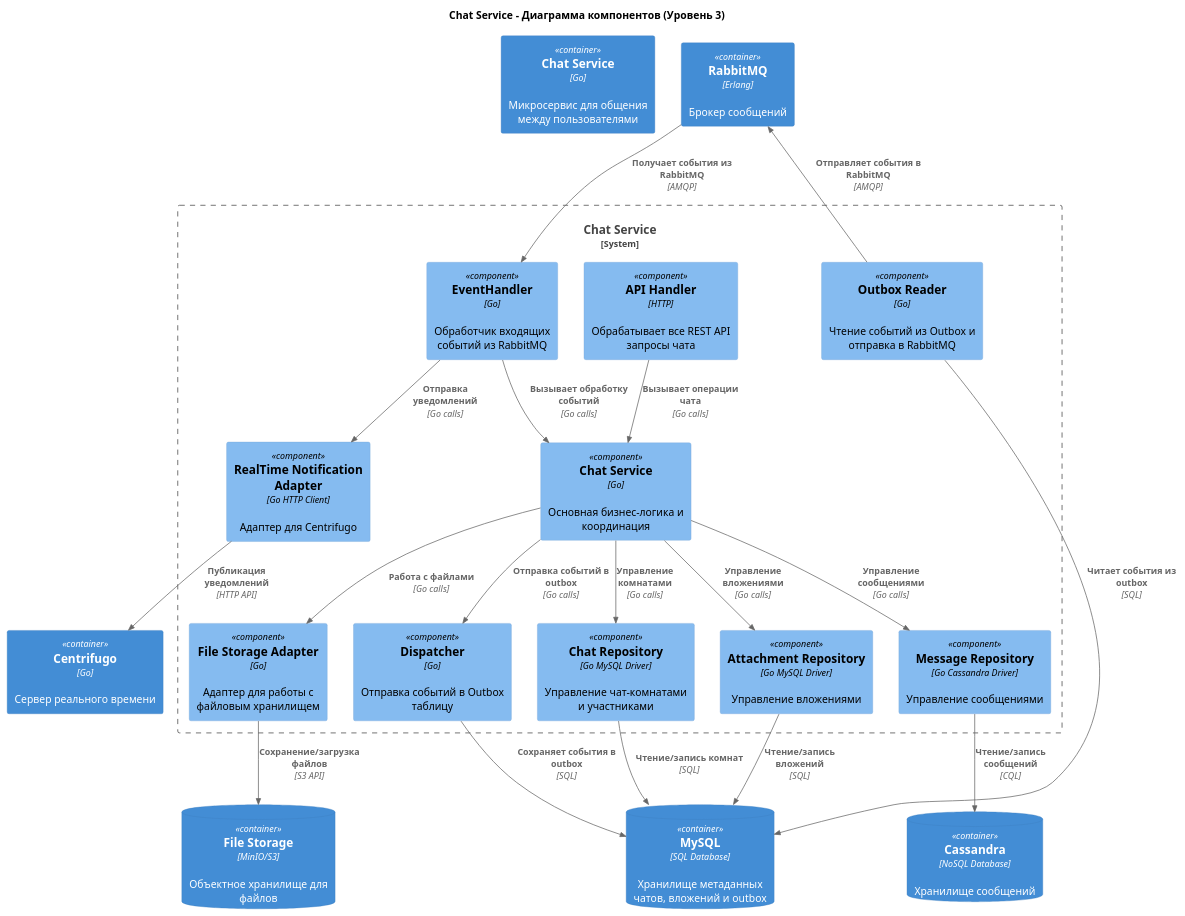
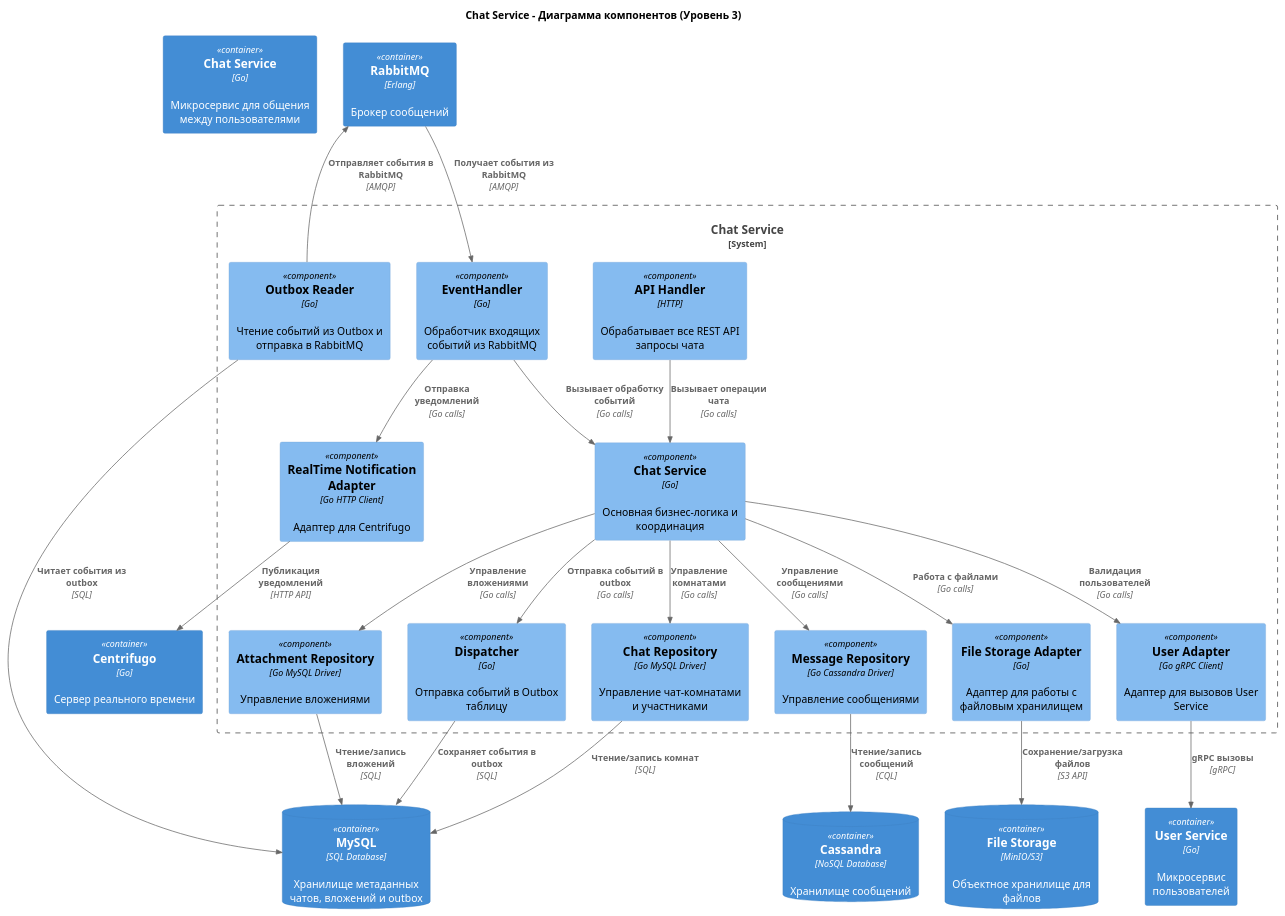
Before and after one commit to 555Jeka555/TRPO: the diagram in с4/3.puml, drawn with PlantUML.

Commit message:
с4

```diff
--- a/с4/3.puml
+++ b/с4/3.puml
@@ -1,63 +1,69 @@
 @startuml
 !include https://raw.githubusercontent.com/plantuml-stdlib/C4-PlantUML/master/C4_Container.puml
 !include https://raw.githubusercontent.com/plantuml-stdlib/C4-PlantUML/master/C4_Component.puml
 
 title Chat Service - Диаграмма компонентов (Уровень 3)
 
 Container(chat_service_container, "Chat Service", "Go", "Микросервис для общения между пользователями")
 
 System_Boundary(chat_service_boundary, "Chat Service") {
     Component(api_handler, "API Handler", "HTTP", "Обрабатывает все REST API запросы чата")
 
     Component(chat_service, "Chat Service", "Go", "Основная бизнес-логика и координация")
 
     Component(chat_repository, "Chat Repository", "Go MySQL Driver", "Управление чат-комнатами и участниками")
     Component(message_repository, "Message Repository", "Go Cassandra Driver", "Управление сообщениями")
     Component(attachment_repository, "Attachment Repository", "Go MySQL Driver", "Управление вложениями")
 
     Component(file_storage_adapter, "File Storage Adapter", "Go", "Адаптер для работы с файловым хранилищем")
+    Component(user_adapter, "User Adapter", "Go gRPC Client", "Адаптер для вызовов User Service")
     Component(dispatcher, "Dispatcher", "Go", "Отправка событий в Outbox таблицу")
 
     Component(outbox_reader, "Outbox Reader", "Go", "Чтение событий из Outbox и отправка в RabbitMQ")
     Component(event_handler, "EventHandler", "Go", "Обработчик входящих событий из RabbitMQ")
     Component(realtime_notification_adapter, "RealTime Notification Adapter", "Go HTTP Client", "Адаптер для Centrifugo")
 }
 
 ContainerDb(mysql_db, "MySQL", "SQL Database", "Хранилище метаданных чатов, вложений и outbox")
 ContainerDb(cassandra_db, "Cassandra", "NoSQL Database", "Хранилище сообщений")
 ContainerDb(file_storage, "File Storage", "MinIO/S3", "Объектное хранилище для файлов")
 Container(rabbitmq, "RabbitMQ", "Erlang", "Брокер сообщений")
 Container(centrifugo, "Centrifugo", "Go", "Сервер реального времени")
+Container(user_service, "User Service", "Go", "Микросервис пользователей")
 
 ' Связи Chat Service с репозиториями и адаптерами
 Rel(chat_service, chat_repository, "Управление комнатами", "Go calls")
 Rel(chat_service, message_repository, "Управление сообщениями", "Go calls")
 Rel(chat_service, attachment_repository, "Управление вложениями", "Go calls")
 Rel(chat_service, file_storage_adapter, "Работа с файлами", "Go calls")
+Rel(chat_service, user_adapter, "Валидация пользователей", "Go calls")
 Rel(chat_service, dispatcher, "Отправка событий в outbox", "Go calls")
 
 ' Связи API Handler
 Rel(api_handler, chat_service, "Вызывает операции чата", "Go calls")
 
 ' Связи репозиториев с базами данных
 Rel(chat_repository, mysql_db, "Чтение/запись комнат", "SQL")
 Rel(attachment_repository, mysql_db, "Чтение/запись вложений", "SQL")
 Rel(message_repository, cassandra_db, "Чтение/запись сообщений", "CQL")
 Rel(file_storage_adapter, file_storage, "Сохранение/загрузка файлов", "S3 API")
+
+' Связи User Adapter
+Rel(user_adapter, user_service, "gRPC вызовы", "gRPC")
 
 ' Связи Dispatcher с Outbox (в той же MySQL)
 Rel(dispatcher, mysql_db, "Сохраняет события в outbox", "SQL")
 
 ' Связи Outbox Reader
 Rel(outbox_reader, mysql_db, "Читает события из outbox", "SQL")
 Rel(outbox_reader, rabbitmq, "Отправляет события в RabbitMQ", "AMQP")
 
 ' Связи EventHandler (входящие события)
 Rel(rabbitmq, event_handler, "Получает события из RabbitMQ", "AMQP")
 Rel(event_handler, chat_service, "Вызывает обработку событий", "Go calls")
 Rel(event_handler, realtime_notification_adapter, "Отправка уведомлений", "Go calls")
 
 ' Связи RealTime Notification Adapter
 Rel(realtime_notification_adapter, centrifugo, "Публикация уведомлений", "HTTP API")
 
 @enduml
```
